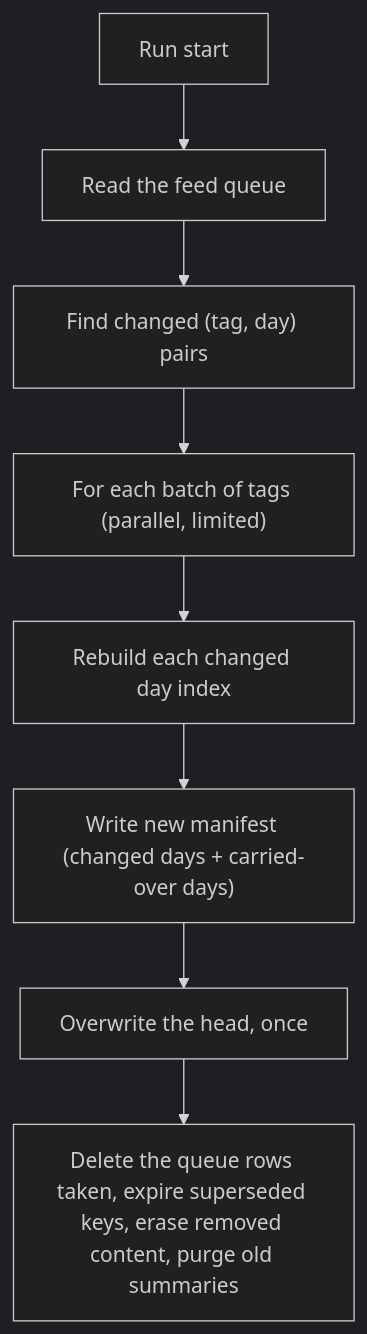
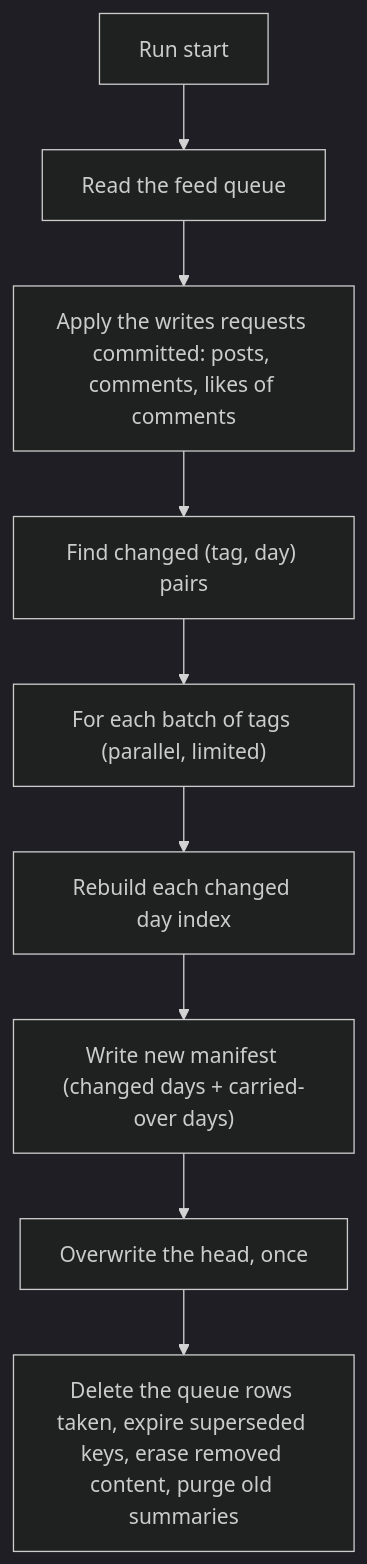
One commit to techfalos/evieverse changed the eighth of 8 diagrams in docs/APP.md. Above: the diagram before and after it, drawn with Mermaid (dark theme). The commit also changed other lines of this file and 95 other files, not shown here.

````diff
--- a/docs/APP.md
+++ b/docs/APP.md
@@ -1168,10 +1224,11 @@
 ```mermaid
 flowchart TD
   start[Run start] --> queue["Read the feed queue"]
-  queue --> find["Find changed (tag, day) pairs"]
+  queue --> apply["Apply the writes requests committed: posts, comments, likes of comments"]
+  apply --> find["Find changed (tag, day) pairs"]
   find --> perTag["For each batch of tags (parallel, limited)"]
   perTag --> rebuild["Rebuild each changed day index"]
   rebuild --> manifest["Write new manifest (changed days + carried-over days)"]
   manifest --> swap["Overwrite the head, once"]
   swap --> clean["Delete the queue rows taken, expire superseded keys, erase removed content, purge old summaries"]
 ```
````
